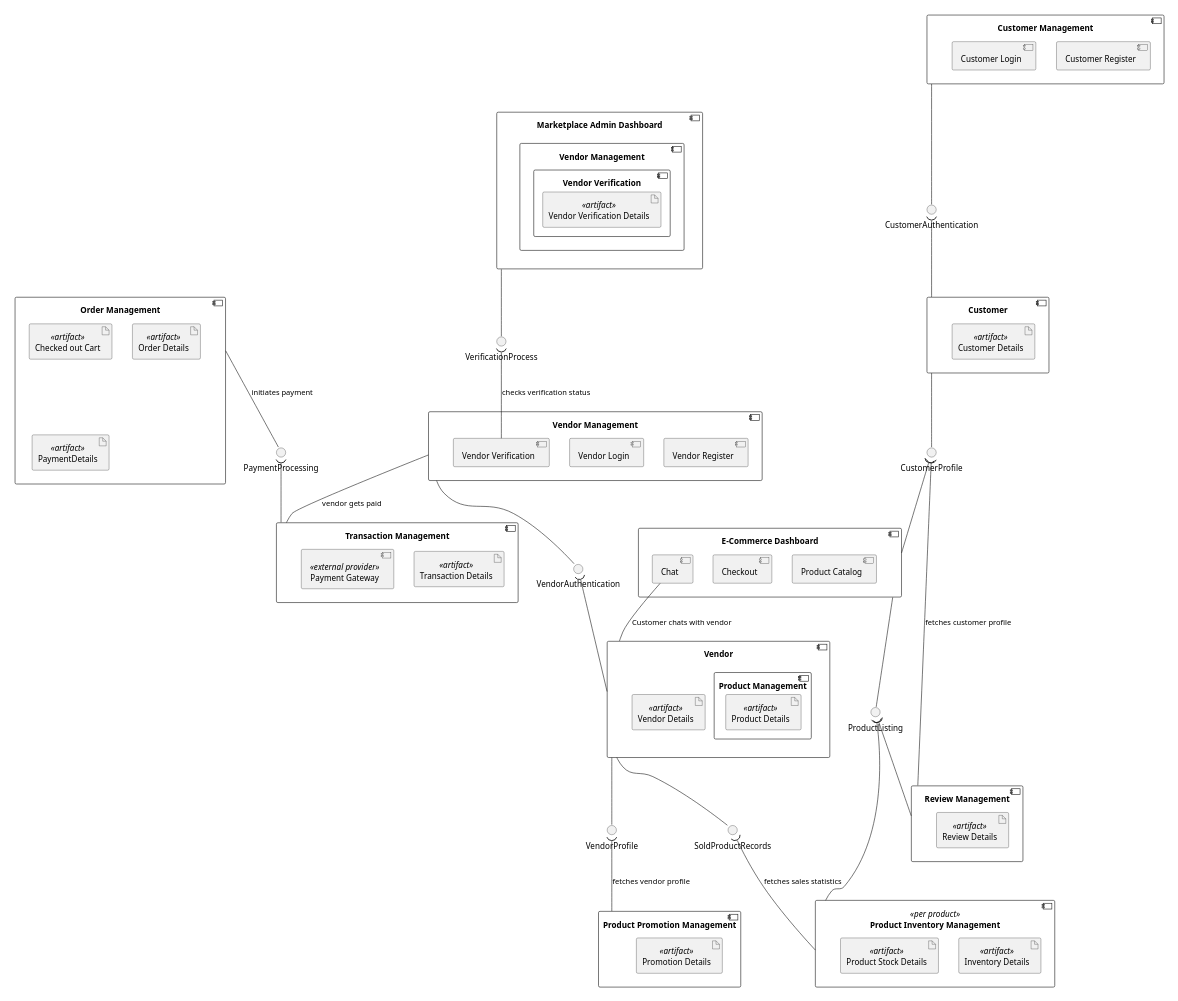
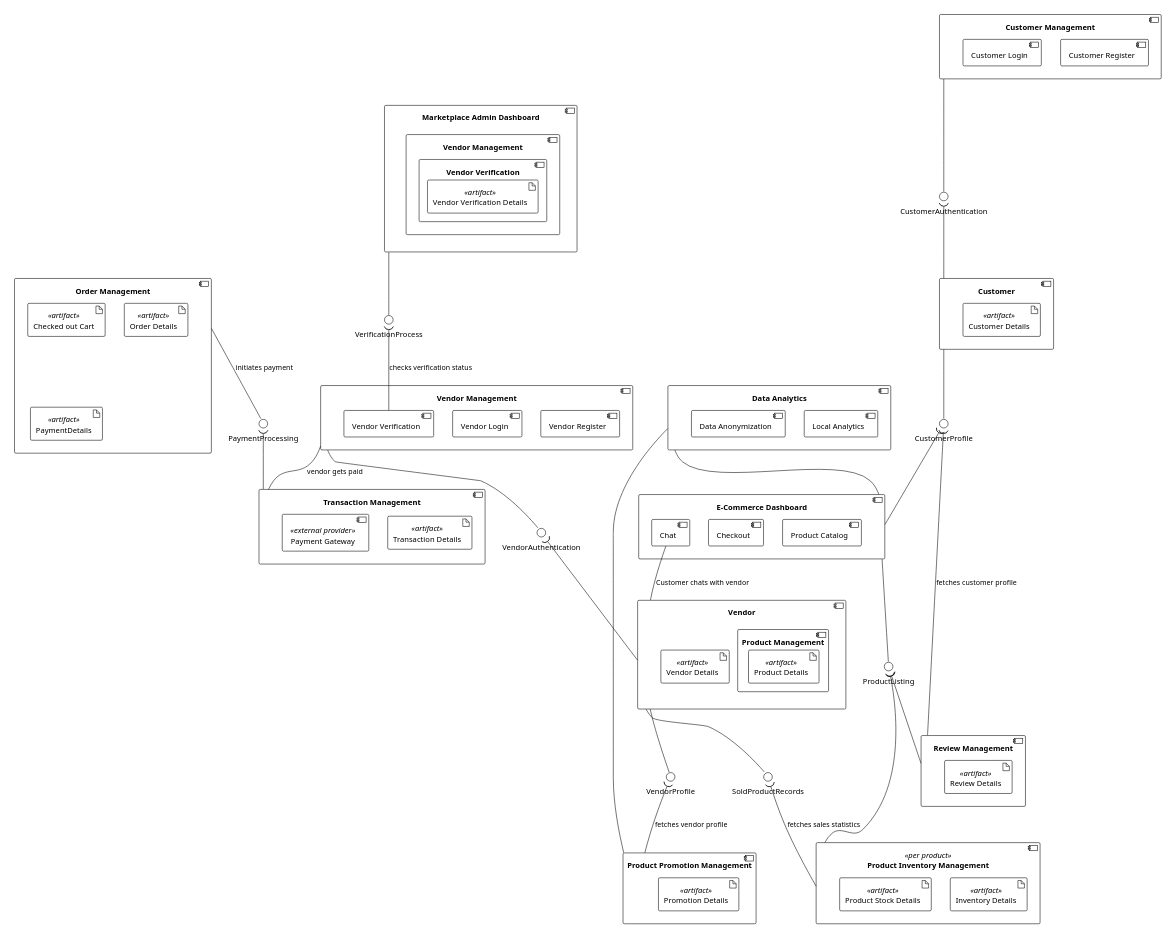
The diagram in report/diagrams/component.puml (peter-gy/ecommerce-cloud-architecture), drawn with PlantUML before and after one commit. The commit also changed 4 other files, not shown here.

```diff
--- a/report/diagrams/component.puml
+++ b/report/diagrams/component.puml
@@ -1,83 +1,91 @@
 @startuml
+!theme plain
 skinparam dpi 300
 scale max 270 width
 component Customer {
     artifact "Customer Details" as CustomerDetails <<artifact>>
 }
 component "Customer Management" as CustomerManagement {
     component "Customer Register" as CustomerRegister
     component "Customer Login" as CustomerLogin
 }
 component "E-Commerce Dashboard" as ECommerceDashboard {
     component "Product Catalog" as ProductCatalog
     component "Checkout" as Checkout
     component Chat
 }
 component "Order Management" as OrderManagement {
     artifact "Checked out Cart" as CheckedOutCart <<artifact>>
     artifact "Order Details" as OrderDetails <<artifact>>
     artifact "PaymentDetails" as PaymentDetails <<artifact>>
 }
 component Vendor {
     artifact "Vendor Details" as VendorDetails <<artifact>>
     component "Product Management" as ProductManagement {
         artifact "Product Details" as ProductDetails <<artifact>>
     }
+}
+component "Data Analytics" as DataAnalytics {
+    component "Local Analytics" as LocalAnalytics
+    component "Data Anonymization" as DataAnonymization
 }
 component "Product Promotion Management" as ProductPromotionManagement {
     artifact "Promotion Details" as PromotionDetails <<artifact>>
 }
 component "Product Inventory Management" as ProductInventoryManagement <<per product>> {
     artifact "Inventory Details" as InventoryDetails <<artifact>>
     artifact "Product Stock Details" as ProductStockDetails <<artifact>>
 }
 component "Vendor Management" as VendorManagement {
     component "Vendor Register" as VendorRegister
     component "Vendor Login" as VendorLogin
     component "Vendor Verification" as VendorVerification
 }
 component "Review Management" as ReviewManagement {
     artifact "Review Details" as ReviewDetails <<artifact>>
 }
 component "Transaction Management" as TransactionManagement {
     artifact "Transaction Details" as TransactionDetails <<artifact>>
     component "Payment Gateway" as PaymentGateway <<external provider>>
 }
 component "Marketplace Admin Dashboard" as MarketplaceAdminDashboard {
     component "Vendor Management" {
         component "Vendor Verification" {
             artifact "Vendor Verification Details" as VendorVerificationDetails <<artifact>>
         }
     }
 }
 
 MarketplaceAdminDashboard -- VerificationProcess
 VerificationProcess )-- VendorVerification: checks verification status
 
 CustomerManagement -- CustomerAuthentication
 CustomerAuthentication )-- Customer
 
 Customer -- CustomerProfile
 CustomerProfile )-- ECommerceDashboard
 CustomerProfile )-- ReviewManagement: fetches customer profile
 
 Chat -- Vendor: Customer chats with vendor
 
 VendorManagement -- VendorAuthentication
 VendorAuthentication )-- Vendor
 
 Vendor -- VendorProfile
 VendorProfile )-- ProductPromotionManagement: fetches vendor profile
 
 Vendor -- SoldProductRecords
 SoldProductRecords )-- ProductInventoryManagement: fetches sales statistics
 
 ECommerceDashboard -- ProductListing
 ProductListing )-- ProductInventoryManagement
 ProductListing )-- ReviewManagement
 
+DataAnalytics -- ECommerceDashboard
+DataAnalytics -- ProductPromotionManagement
+
 OrderManagement -- PaymentProcessing: initiates payment
 PaymentProcessing )-- TransactionManagement
 
 VendorManagement -- TransactionManagement: vendor gets paid
 @enduml
```
